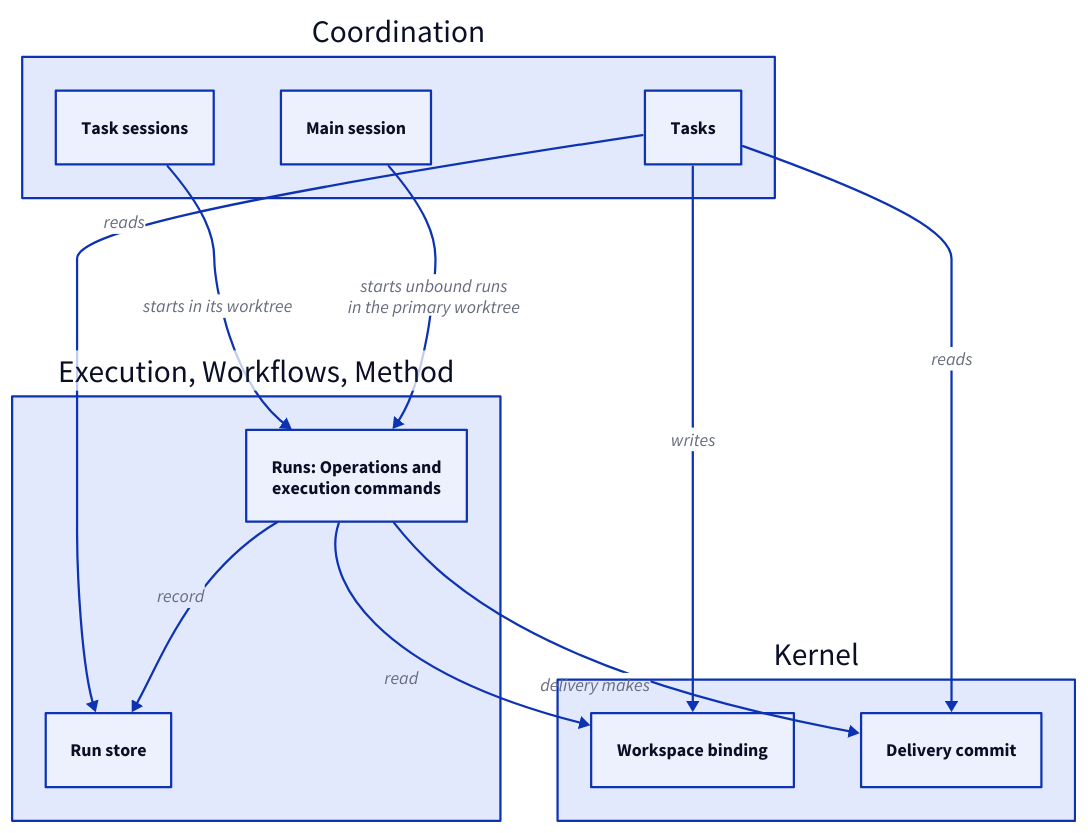
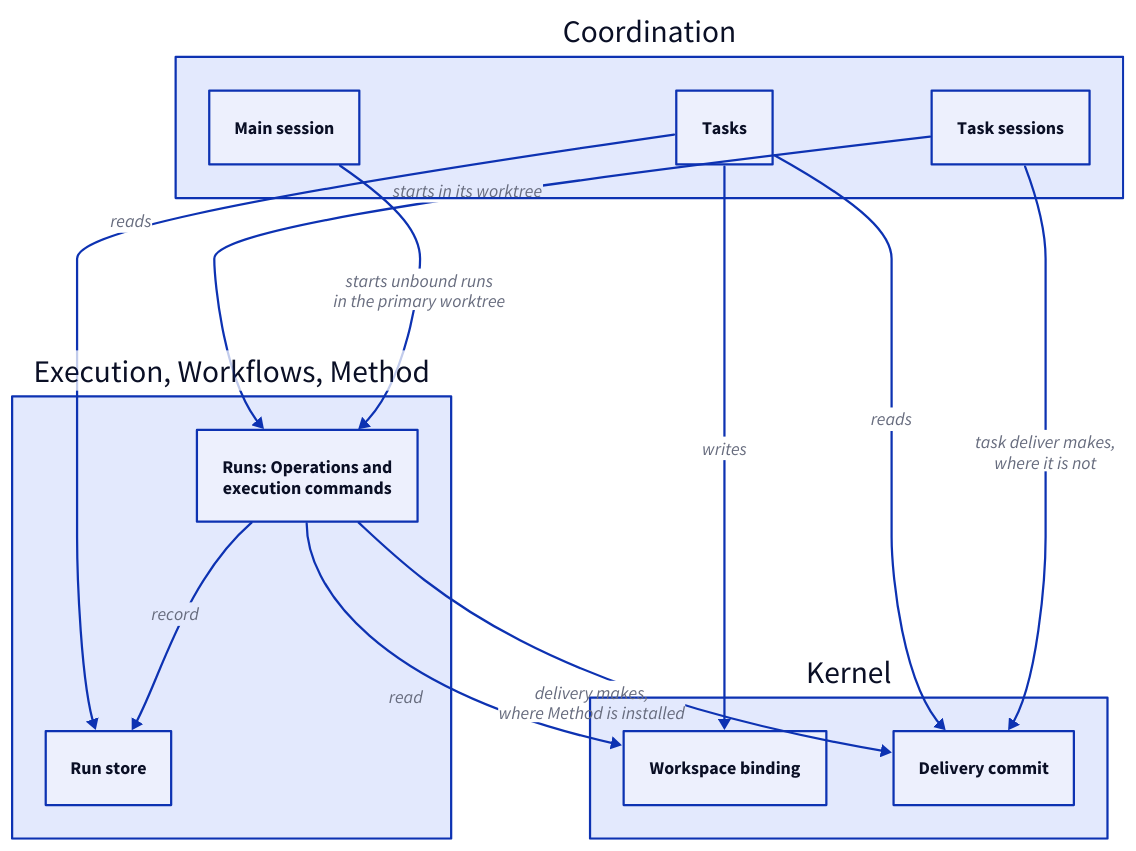
Before and after one commit to FTOD/concorde: the fourth of 5 diagrams in specs/concorde/module.md, drawn with D2. The commit also changed other lines of this file and 24 other files, not shown here.

First line of the commit message:
Answer the spec panel's findings on the root, Kernel, Worker harness and Method

````diff
--- a/specs/concorde/module.md
+++ b/specs/concorde/module.md
@@ -450,23 +466,24 @@
 ```d2 illustrative
 coordination: Coordination {
   main: Main session
   task: Task sessions
   tasks: Tasks
 }
 kernel: Kernel {
   binding: Workspace binding
   commit: Delivery commit
 }
 lower: "Execution, Workflows, Method" {
   runs: "Runs: Operations and\nexecution commands"
   store: Run store
 }
 coordination.tasks -> kernel.binding: writes
 coordination.main -> lower.runs: "starts unbound runs\nin the primary worktree"
 coordination.task -> lower.runs: starts in its worktree
 lower.runs -> kernel.binding: read
 lower.runs -> lower.store: record
-lower.runs -> kernel.commit: "delivery makes"
+lower.runs -> kernel.commit: "delivery makes,\nwhere Method is installed"
+coordination.task -> kernel.commit: "task deliver makes,\nwhere it is not"
 coordination.tasks -> lower.store: reads
 coordination.tasks -> kernel.commit: reads
 ```
````
